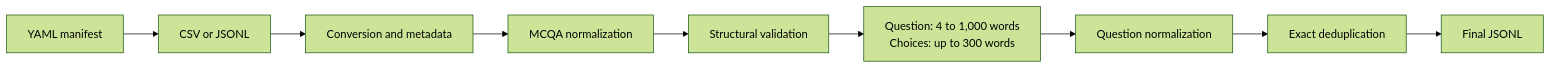
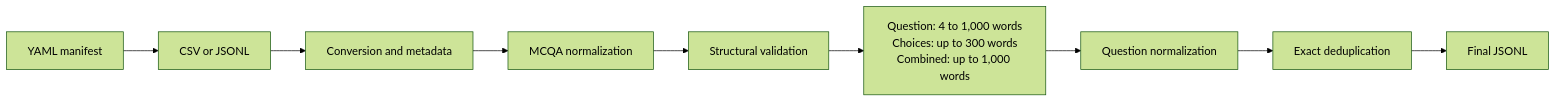
Before and after one commit to gap-ufg/mmlu-pt: the diagram in README.md, drawn with Mermaid (forest theme). The commit also changed other lines of this file and 3 other files, not shown here.

Commit message:
feat: Implementando filtro de quantidade de palavras para question + choices

````diff
--- a/README.md
+++ b/README.md
@@ -17,11 +17,11 @@
 ```mermaid
 flowchart LR
     A[YAML manifest] --> B[CSV or JSONL]
     B --> C[Conversion and metadata]
     C --> D[MCQA normalization]
     D --> E[Structural validation]
-    E --> F[Question: 4 to 1,000 words<br/>Choices: up to 300 words]
+    E --> F[Question: 4 to 1,000 words<br/>Choices: up to 300 words<br/>Combined: up to 1,000 words]
     F --> G[Question normalization]
     G --> H[Exact deduplication]
     H --> I[Final JSONL]
 ```
````
